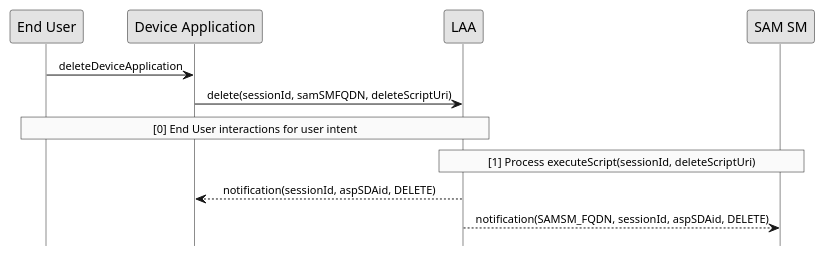
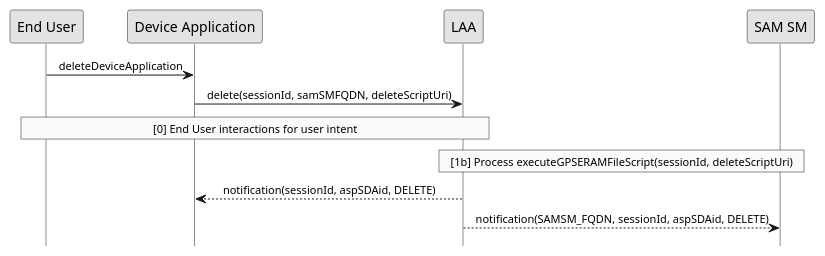
Before and after one commit to gaelrgerard/laa: the diagram in doc/uml/delete-device-script.pu, drawn with PlantUML. The commit also changed 8 other files, not shown here.

```diff
--- a/doc/uml/delete-device-script.pu
+++ b/doc/uml/delete-device-script.pu
@@ -1,27 +1,27 @@
 @startuml
 
 hide footbox
 skinparam sequenceMessageAlign center
 skinparam sequenceArrowFontSize 11
 skinparam noteFontSize 11
 skinparam monochrome true
 skinparam lifelinestrategy solid
  
 "End User" -> "Device Application" : deleteDeviceApplication
 "Device Application" -> LAA : delete(sessionId, samSMFQDN, deleteScriptUri)
 
 rnote over "LAA", "End User"
      [0] End User interactions for user intent
 end rnote
 
 
 rnote over "LAA", "SAM SM"
-     [1] Process executeScript(sessionId, deleteScriptUri)
+     [1b] Process executeGPSERAMFileScript(sessionId, deleteScriptUri)
 end rnote
 
 
  
 LAA --> "Device Application" : notification(sessionId, aspSDAid, DELETE)
  
 LAA --> "SAM SM" : notification(SAMSM_FQDN, sessionId, aspSDAid, DELETE)
 @enduml
```
